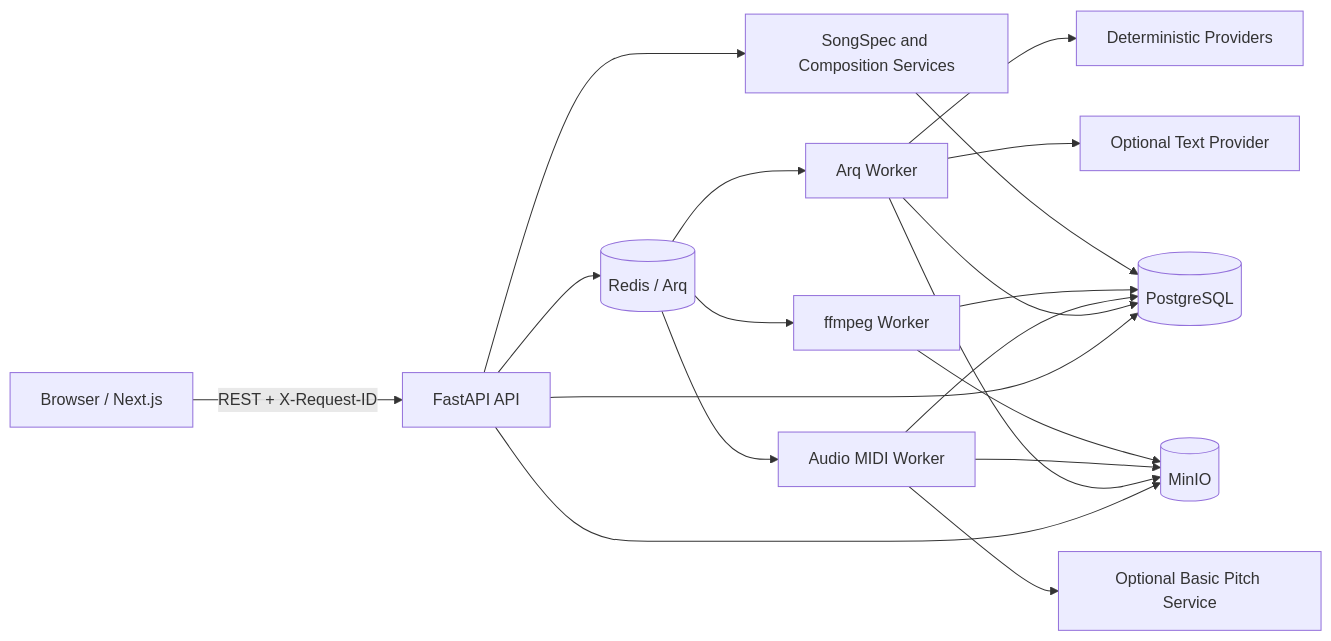
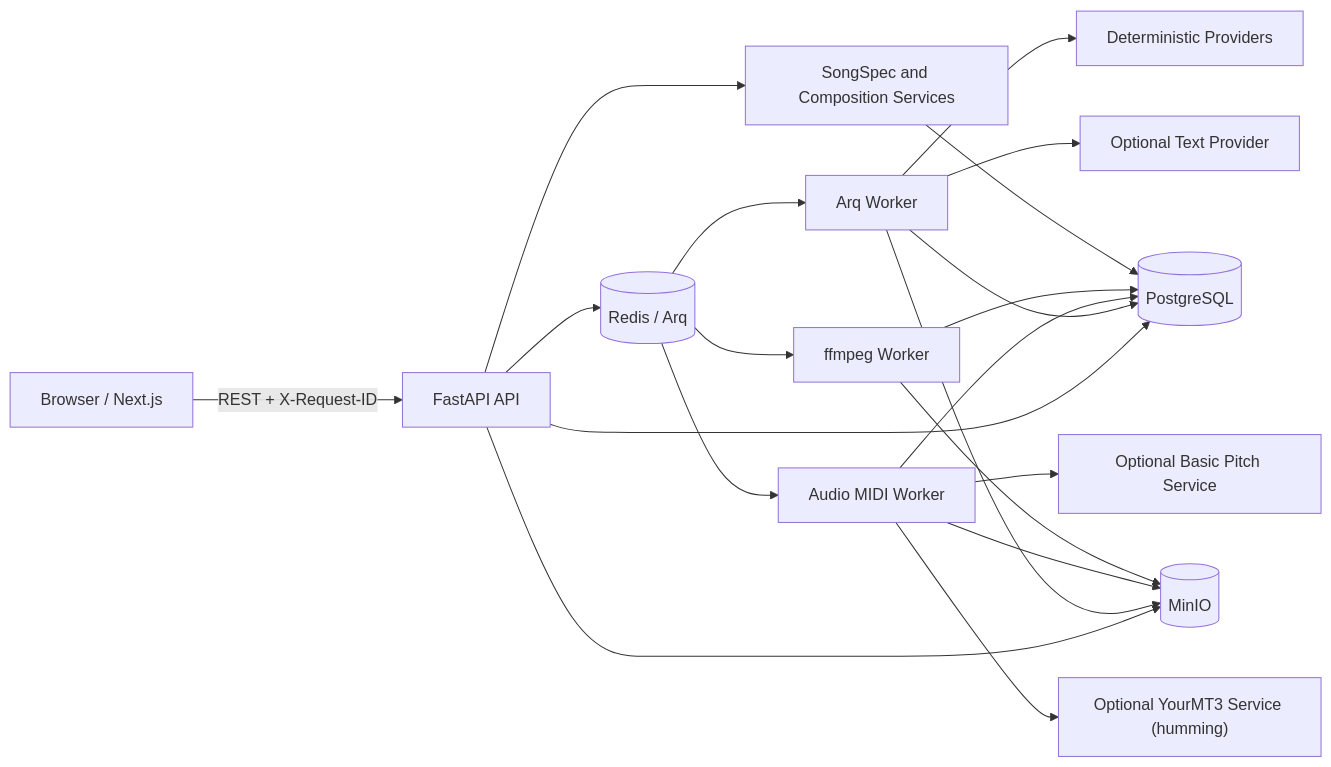
Before and after one commit to yarizm/Abachiwave: the first of 4 diagrams in docs/architecture.md, drawn with Mermaid. The commit also changed other lines of this file and 1 other file, not shown here.

First line of the commit message:
docs: document the YourMT3 sidecar in the architecture and runbook

````diff
--- a/docs/architecture.md
+++ b/docs/architecture.md
@@ -7,21 +7,22 @@
 ```mermaid
 flowchart LR
     U["Browser / Next.js"] -->|"REST + X-Request-ID"| A["FastAPI API"]
     A --> P[("PostgreSQL")]
     A --> R[("Redis / Arq")]
     A --> M[("MinIO")]
     R --> W["Arq Worker"]
     R --> AM["Audio MIDI Worker"]
     R --> FW["ffmpeg Worker"]
     W --> P
     W --> M
     AM --> P
     AM --> M
     AM --> BP["Optional Basic Pitch Service"]
+    AM --> YM["Optional YourMT3 Service (humming)"]
     FW --> P
     FW --> M
     W --> D["Deterministic Providers"]
     W --> T["Optional Text Provider"]
     A --> S["SongSpec and Composition Services"]
     S --> P
 ```
````
